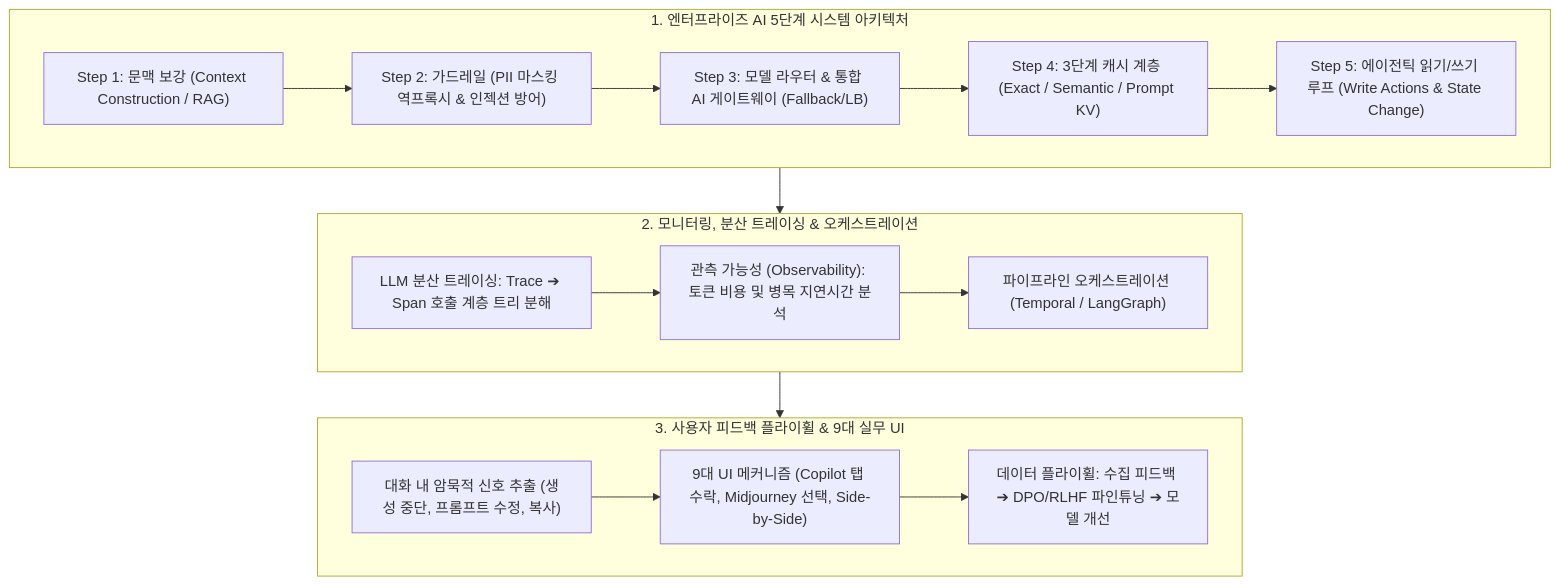
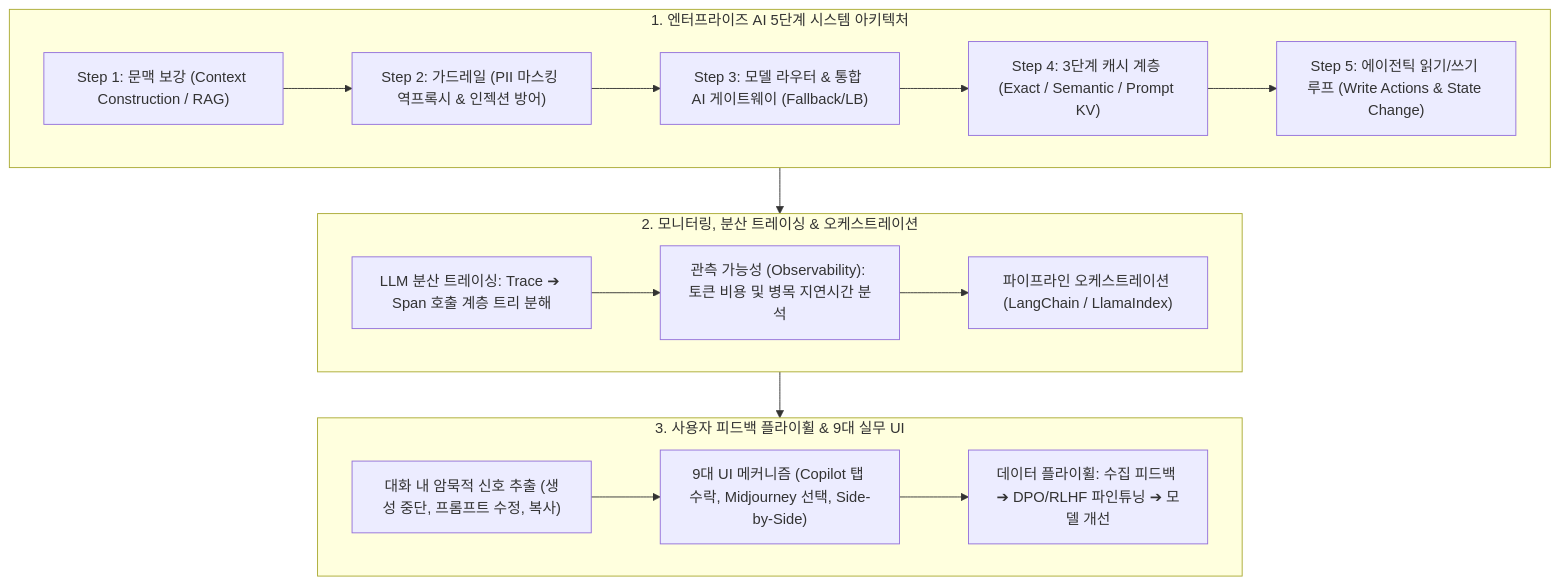
Before and after one commit to sing-u8/AI-Engineering: the diagram in chapter-qa/ch10-architecture-and-feedback-qa/00-ch10-overview.md, drawn with Mermaid. The commit also changed other lines of this file and 15 other files, not shown here.

````diff
--- a/chapter-qa/ch10-architecture-and-feedback-qa/00-ch10-overview.md
+++ b/chapter-qa/ch10-architecture-and-feedback-qa/00-ch10-overview.md
@@ -30,27 +30,27 @@
 ```mermaid
 flowchart TD
     subgraph S1["1. 엔터프라이즈 AI 5단계 시스템 아키텍처"]
         Step1["Step 1: 문맥 보강 (Context Construction / RAG)"]
         Step2["Step 2: 가드레일 (PII 마스킹 역프록시 & 인젝션 방어)"]
         Step3["Step 3: 모델 라우터 & 통합 AI 게이트웨이 (Fallback/LB)"]
         Step4["Step 4: 3단계 캐시 계층 (Exact / Semantic / Prompt KV)"]
         Step5["Step 5: 에이전틱 읽기/쓰기 루프 (Write Actions & State Change)"]
         Step1 --> Step2 --> Step3 --> Step4 --> Step5
     end
 
     subgraph S2["2. 모니터링, 분산 트레이싱 & 오케스트레이션"]
         Trace["LLM 분산 트레이싱: Trace ➔ Span 호출 계층 트리 분해"]
         Obs["관측 가능성 (Observability): 토큰 비용 및 병목 지연시간 분석"]
-        Orch["파이프라인 오케스트레이션 (Temporal / LangGraph)"]
+        Orch["파이프라인 오케스트레이션 (LangChain / LlamaIndex)"]
         Trace --> Obs --> Orch
     end
 
     subgraph S3["3. 사용자 피드백 플라이휠 & 9대 실무 UI"]
         Implicit["대화 내 암묵적 신호 추출 (생성 중단, 프롬프트 수정, 복사)"]
         UI_Design["9대 UI 메커니즘 (Copilot 탭 수락, Midjourney 선택, Side-by-Side)"]
         Flywheel["데이터 플라이휠: 수집 피드백 ➔ DPO/RLHF 파인튜닝 ➔ 모델 개선"]
         Implicit --> UI_Design --> Flywheel
     end
 
     S1 --> S2 --> S3
 ```
````
